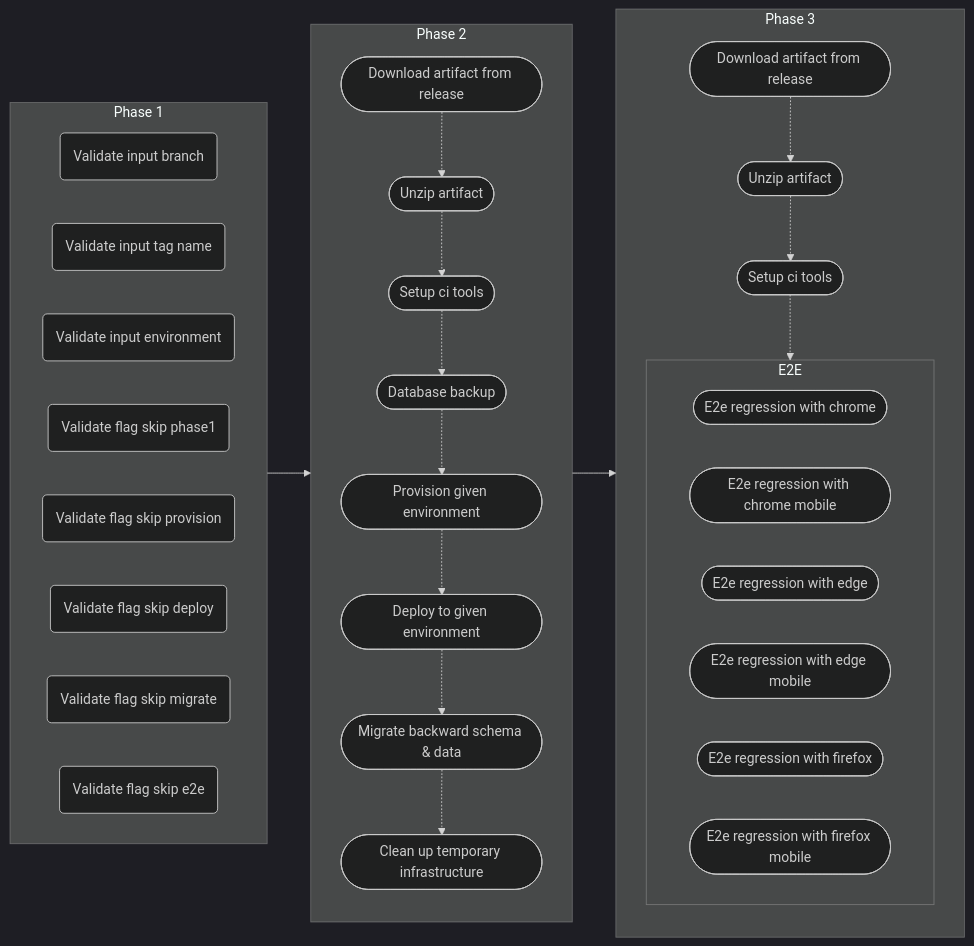
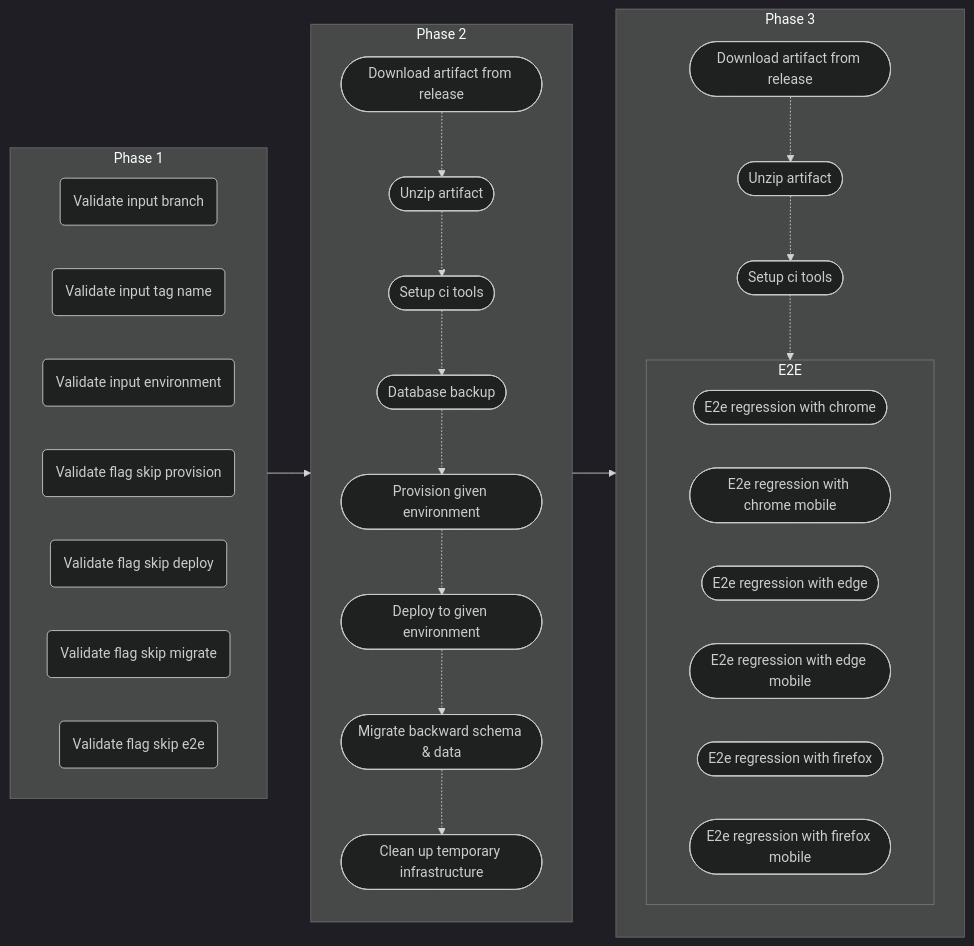
Diagram 12 of 12 in docs/pipeline.md (gnowth/gnowth), drawn with Mermaid (dark theme) before and after one commit. The commit also changed other lines of this file and 8 other files, not shown here.

````diff
--- a/docs/pipeline.md
+++ b/docs/pipeline.md
@@ -298,52 +325,51 @@
 ```mermaid
   flowchart LR
     ARTIFACTUNPACK2([Unzip artifact])
     ARTIFACTUNPACK3([Unzip artifact])
     ARTIFACTDOWNLOAD2([Download artifact from release])
     ARTIFACTDOWNLOAD3([Download artifact from release])
     CLEANUP([Clean up temporary infrastructure])
     DATABASEBACKUP([Database backup])
     DATABASEMIGRATE([Migrate backward schema & data])
     DEPLOY([Deploy to given environment])
     PROVISION([Provision given environment])
     SETUP2([Setup ci tools])
     SETUP3([Setup ci tools])
 
     subgraph PHASE1[Phase 1]
       direction LR
 
       VALIDATEBRANCH(Validate input branch)
       VALIDATETAG(Validate input tag name)
       VALIDATEENVIRONMENT(Validate input environment)
-      VALIDATESKIPPHASE1(Validate flag skip phase1)
       VALIDATESKIPPROVISION(Validate flag skip provision)
       VALIDATESKIPDEPLOY(Validate flag skip deploy)
       VALIDATESKIPMIGRATE(Validate flag skip migrate)
       VALIDATESKIPE2E(Validate flag skip e2e)
     end
 
     subgraph PHASE2[Phase 2]
       direction TB
 
       ARTIFACTDOWNLOAD2 -.-> ARTIFACTUNPACK2 -.-> SETUP2 -.-> DATABASEBACKUP -.-> PROVISION -.-> DEPLOY -.-> DATABASEMIGRATE -.-> CLEANUP
     end
 
     subgraph PHASE3[Phase 3]
       direction TB
 
       subgraph E2E
         direction LR
 
         E2ECHROME([E2e regression with chrome])
         E2ECHROMEMOBILE([E2e regression with chrome mobile])
         E2EEDGE([E2e regression with edge])
         E2EEDGEMOBILE([E2e regression with edge mobile])
         E2EFIREFOX([E2e regression with firefox])
         E2EFIREFOXMOBILE([E2e regression with firefox mobile])
       end
 
       ARTIFACTDOWNLOAD3 -.-> ARTIFACTUNPACK3 -.-> SETUP3 -.-> E2E
     end
 
     PHASE1 --> PHASE2 --> PHASE3
 ```
````
